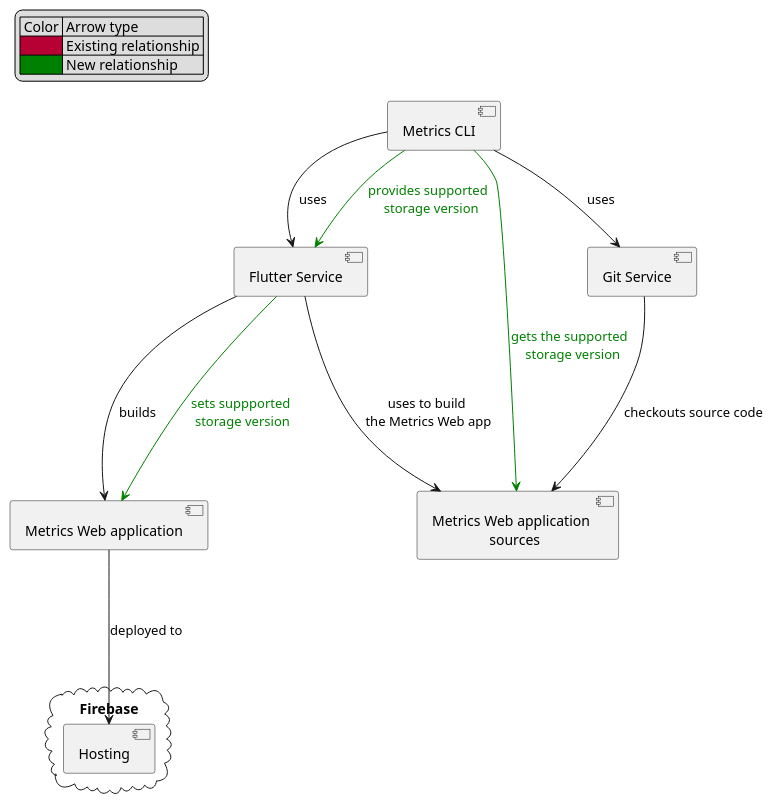
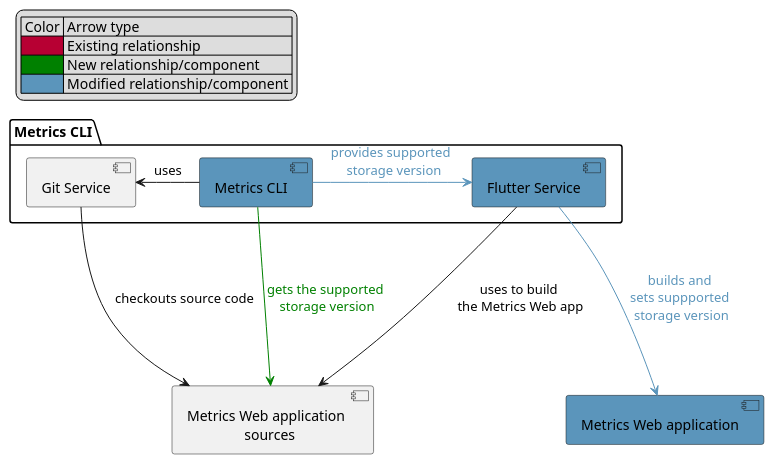
One commit to Flank/flank-dashboard changed the diagram in metrics/cli/docs/features/supported_storage_version/diagrams/storage_version_components_diagram.puml. Above: the diagram before and after it, drawn with PlantUML.

Commit message:
Improve diagram readability

```diff
--- a/metrics/cli/docs/features/supported_storage_version/diagrams/storage_version_components_diagram.puml
+++ b/metrics/cli/docs/features/supported_storage_version/diagrams/storage_version_components_diagram.puml
@@ -1,35 +1,32 @@
 @startuml storage_version_components_diagram
 
 skinparam defaultTextAlignment center
 
 legend top left
     | Color | Arrow type |
     |<#B70033>| Existing relationship |
-    |<#Green>| New relationship |
+    |<#Green>| New relationship/component |
+    |<#5B95BB>| Modified relationship/component |
 endlegend
 
-component "Flutter Service" as flutter_service
+
+package "Metrics CLI" {
+component "Flutter Service" as flutter_service #5B95BB
 component "Git Service" as git_service
 
-component "Metrics CLI" as metrics_cli
+component "Metrics CLI" as metrics_cli #5B95BB
+}
 
 component "Metrics Web application \l sources" as metrics_web_sources
-component "Metrics Web application" as metrics_web_app
+component "Metrics Web application" as metrics_web_app #5B95BB
 
-cloud "Firebase" {
-    component Hosting as hosting
-}
 
-metrics_cli --> flutter_service : uses
-metrics_cli -[#Green]-> flutter_service : <color:green>provides supported \n <color:green>storage version
-metrics_cli --> git_service : uses
+metrics_cli -left-> git_service : uses
+git_service --> metrics_web_sources : checkouts source code
+metrics_cli -[#Green]--> metrics_web_sources : <color:green>gets the supported \n<color:green>storage version
+metrics_cli -[#5B95BB]right-> flutter_service : <color:5B95BB>provides supported \n <color:5B95BB>storage version
 
-flutter_service --[#Green]-> metrics_web_app : <color:green>sets suppported\n <color:green>storage version
-flutter_service ---> metrics_web_sources : uses to build\n the Metrics Web app
-flutter_service ---> metrics_web_app : builds
-git_service ---> metrics_web_sources : checkouts source code
-metrics_web_app ---> hosting : deployed to
-
-metrics_cli -[#Green]--> metrics_web_sources : <color:green>gets the supported\n <color:green> storage version
+flutter_service --[#5B95BB]-> metrics_web_app : <color:5B95BB> builds and \n<color:5B95BB>sets suppported\n <color:5B95BB>storage version
+flutter_service --> metrics_web_sources : uses to build\n the Metrics Web app
 
 @enduml
```
